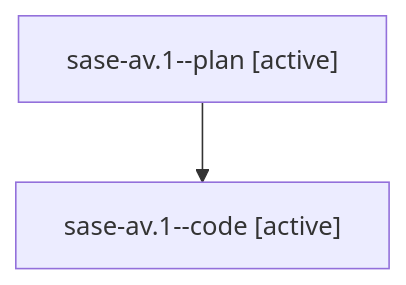
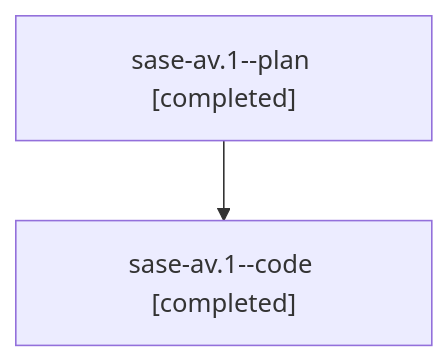
Before and after one commit to sase-org/sase--agents: the diagram in families/bbugyi200.athena.sase-av.1.md, drawn with Mermaid. The commit also changed other lines of this file and 24 other files, not shown here.

````diff
--- a/families/bbugyi200.athena.sase-av.1.md
+++ b/families/bbugyi200.athena.sase-av.1.md
@@ -9,6 +9,6 @@
 ```mermaid
 flowchart TD
-  n0["sase-av.1--plan [active]"]
-  n1["sase-av.1--code [active]"]
+  n0["sase-av.1--plan [completed]"]
+  n1["sase-av.1--code [completed]"]
   n0 --> n1
 ```
````
